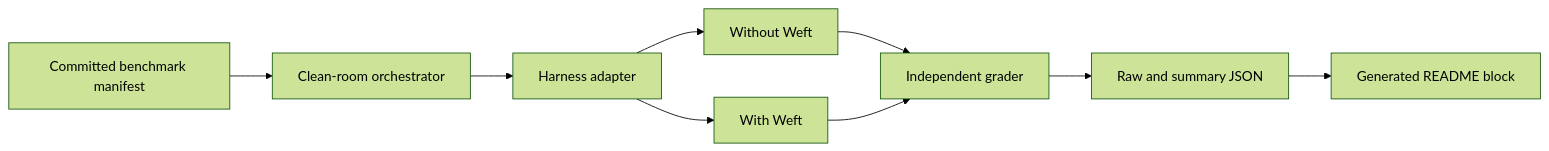
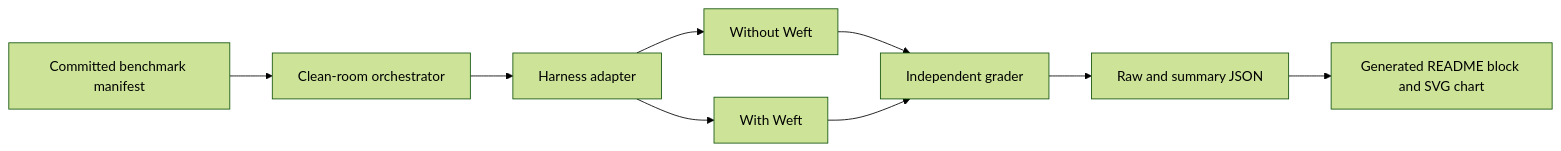
The diagram in docs/architecture/skill-benchmark-runner.md (weft-labs/skills), drawn with Mermaid (forest theme) before and after one commit. The commit also changed other lines of this file and 13 other files, not shown here.

Commit message:
feat: add visual skill benchmark charts

````diff
--- a/docs/architecture/skill-benchmark-runner.md
+++ b/docs/architecture/skill-benchmark-runner.md
@@ -16,11 +16,11 @@
 ```mermaid
 flowchart LR
   M[Committed benchmark manifest] --> O[Clean-room orchestrator]
   O --> H[Harness adapter]
   H --> N[Without Weft]
   H --> W[With Weft]
   N --> G[Independent grader]
   W --> G
   G --> J[Raw and summary JSON]
-  J --> R[Generated README block]
+  J --> R[Generated README block and SVG chart]
 ```
````
